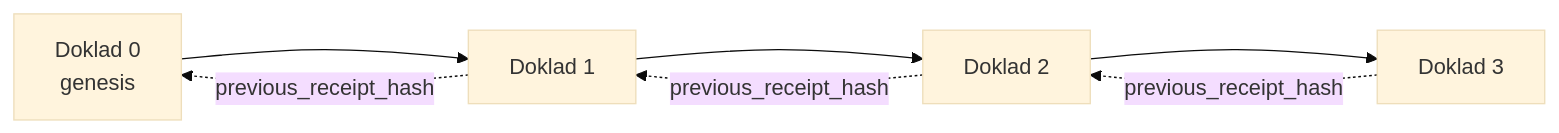
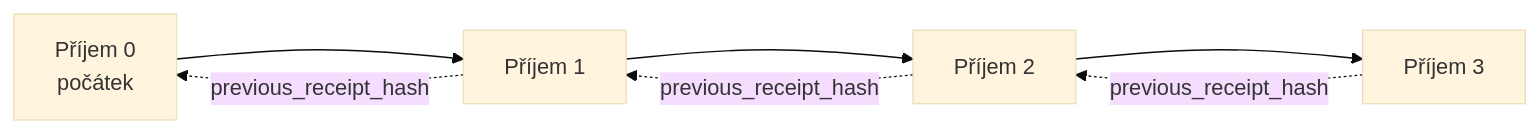
The second of 2 diagrams in translations/cs/18-securing-ai-agents/README.md (microsoft/ai-agents-for-beginners), drawn with Mermaid (base theme) before and after one commit. The commit also changed other lines of this file and 47 other files, not shown here.

````diff
--- a/translations/cs/18-securing-ai-agents/README.md
+++ b/translations/cs/18-securing-ai-agents/README.md
@@ -206,9 +203,9 @@
 ```mermaid
 flowchart LR
-    R0[Doklad 0<br/>genesis] --> R1[Doklad 1]
-    R1 --> R2[Doklad 2]
-    R2 --> R3[Doklad 3]
+    R0[Příjem 0<br/>počátek] --> R1[Příjem 1]
+    R1 --> R2[Příjem 2]
+    R2 --> R3[Příjem 3]
     R1 -. previous_receipt_hash .-> R0
     R2 -. previous_receipt_hash .-> R1
     R3 -. previous_receipt_hash .-> R2
 ```
````
